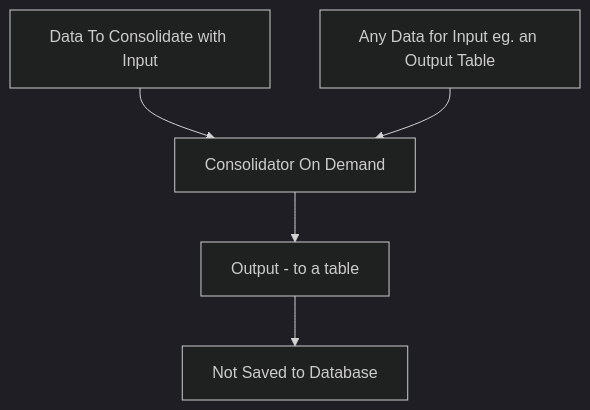
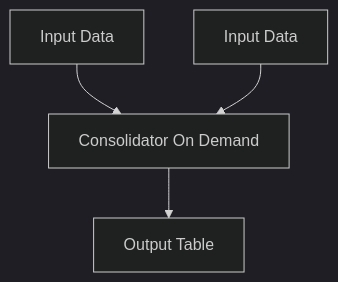
Before and after one commit to genesiscommunitysuccess/docs: the fourth of 4 diagrams in docs/03_server-modules/07_consolidator/01_introduction.md, drawn with Mermaid (dark theme). The commit also changed other lines of this file, not shown here.

Commit message:
PTC-263 docs: Adjusted diagrams for simplicity

`````diff
--- a/docs/03_server-modules/07_consolidator/01_introduction.md
+++ b/docs/03_server-modules/07_consolidator/01_introduction.md
@@ -76,7 +81,6 @@
 ````mermaid
 graph TD
-M[Data To Consolidate with Input] --> N
-L[Any Data for Input eg. an Output Table] --> N[Consolidator On Demand]
-N -->O[Output - to a table]
-O--> P[Not Saved to Database]
+M[Input Data] -->  N[Consolidator On Demand]
+L[Input Data] --> N[Consolidator On Demand]
+N -->O[Output Table]
 ````
`````
